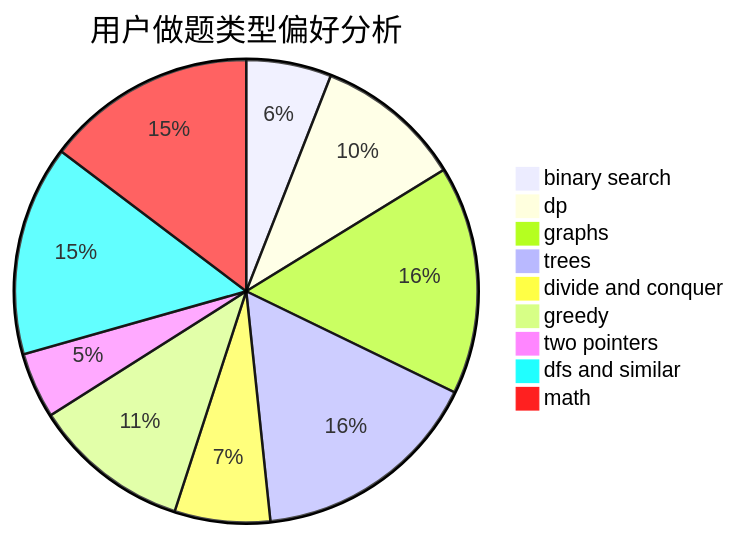
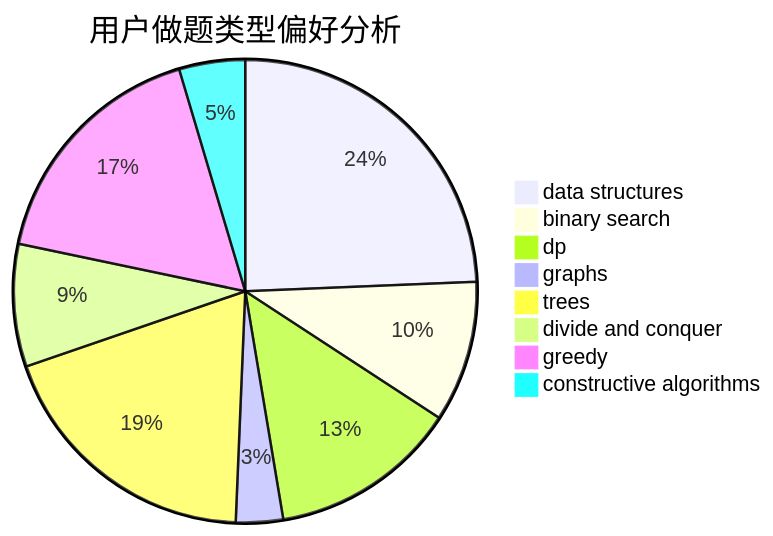
One commit to sherpahu/cfrs.github.io changed the second of 3 diagrams in docs/user/u182.md. Above: the diagram before and after it, drawn with Mermaid. The commit also changed other lines of this file and 2775 other files, not shown here.

````diff
--- a/docs/user/u182.md
+++ b/docs/user/u182.md
@@ -23,12 +23,11 @@
 ```mermaid
 pie title 用户做题类型偏好分析
-    "binary search" :  66
-    "dp" :  114
-    "graphs" :  177
-    "trees" :  179
-    "divide and conquer" :  74
-    "greedy" :  122
-    "two pointers" :  51
-    "dfs and similar" :  163
-    "math" :  163
+    "data structures" :  37
+    "binary search" :  15
+    "dp" :  20
+    "graphs" :  5
+    "trees" :  29
+    "divide and conquer" :  13
+    "greedy" :  26
+    "constructive algorithms" :  7
 ```
````
